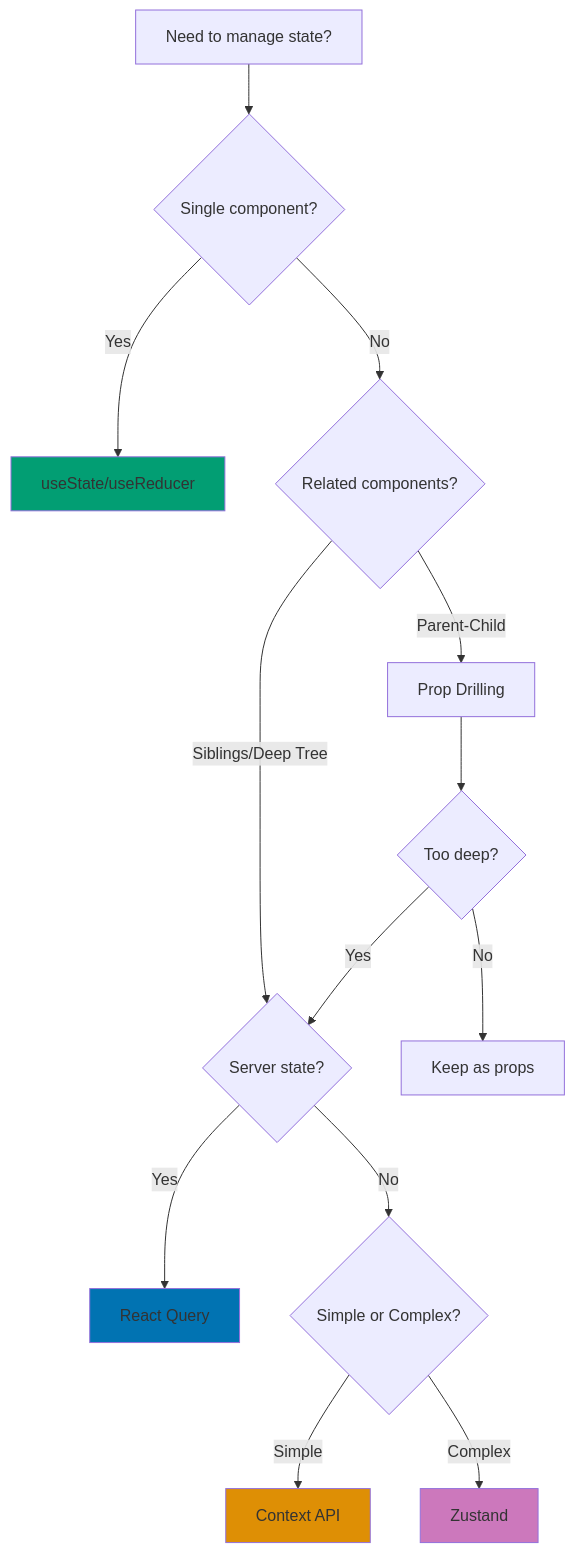
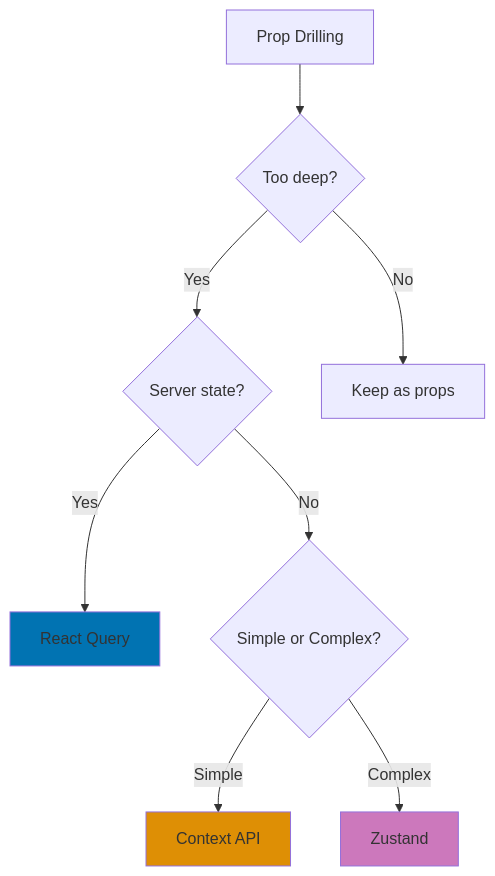
Before and after one commit to wahidyankf/ose-primer: the third of 3 diagrams in docs/explanation/software-engineering/platform-web/tools/fe-react/state-management.md, drawn with Mermaid. The commit also changed 7 other files, not shown here.

Commit message:
fix(docs): fix mermaid violations in fe-react/ docs (batch 6/10)

````diff
--- a/docs/explanation/software-engineering/platform-web/tools/fe-react/state-management.md
+++ b/docs/explanation/software-engineering/platform-web/tools/fe-react/state-management.md
@@ -1152,27 +1168,17 @@
 ```mermaid
 %% Color Palette: Blue #0173B2, Orange #DE8F05, Teal #029E73, Purple #CC78BC
 %% All colors are color-blind friendly and meet WCAG AA contrast standards
 
 graph TD
-    A[Need to manage state?] --> B{Single component?}
-    B -->|Yes| C[useState/useReducer]
-    B -->|No| D{Related components?}
-
-    D -->|Parent-Child| E[Prop Drilling]
-    D -->|Siblings/Deep Tree| F{Server state?}
-
-    F -->|Yes| G[React Query]
-    F -->|No| H{Simple or Complex?}
-
+    F2{Server state?} -->|Yes| G[React Query]
+    F2 -->|No| H{Simple or Complex?}
     H -->|Simple| I[Context API]
     H -->|Complex| J[Zustand]
-
-    E --> K{Too deep?}
-    K -->|Yes| F
+    E2[Prop Drilling] --> K{Too deep?}
+    K -->|Yes| F2
     K -->|No| L[Keep as props]
 
-    style C fill:#029E73
     style G fill:#0173B2
     style I fill:#DE8F05
     style J fill:#CC78BC
 ```
````
